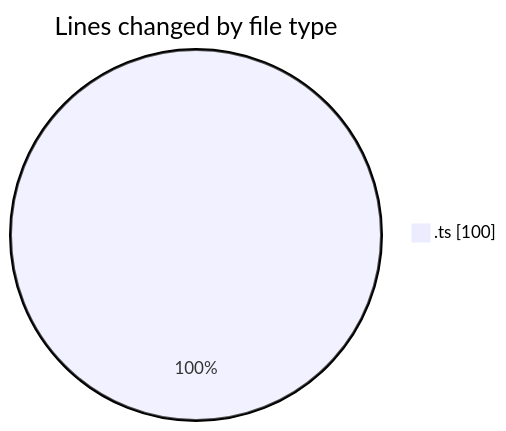
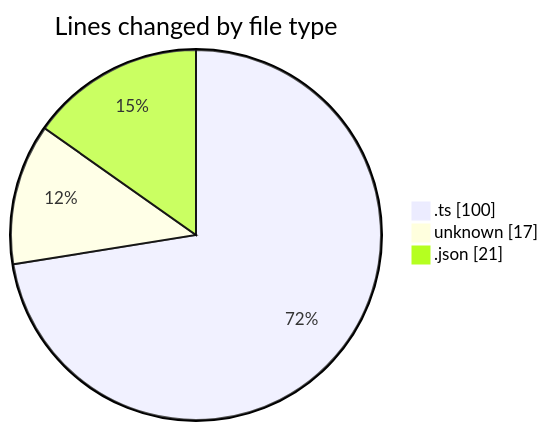
One commit to momahboobian/code-tracking changed the first of 2 diagrams in 2026-05-22/cda/README.md. Above: the diagram before and after it, drawn with Mermaid. The commit also changed other lines of this file and 1 other file, not shown here.

````diff
--- a/2026-05-22/cda/README.md
+++ b/2026-05-22/cda/README.md
@@ -21,5 +23,7 @@
 ```mermaid
 pie showData
 title Lines changed by file type
 ".ts" : 100
+"unknown" : 17
+".json" : 21
 ```
````
